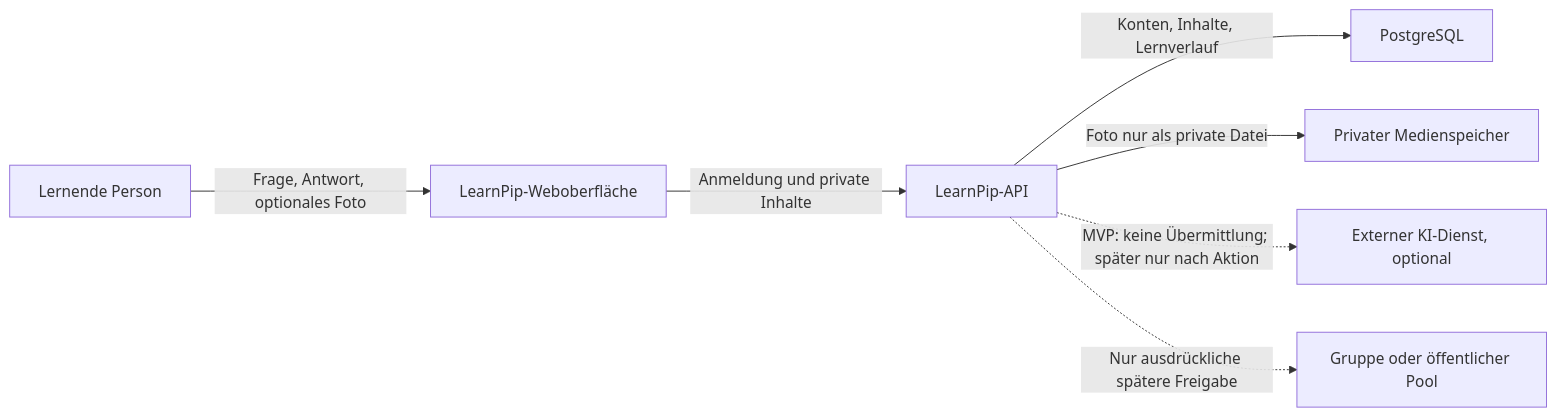
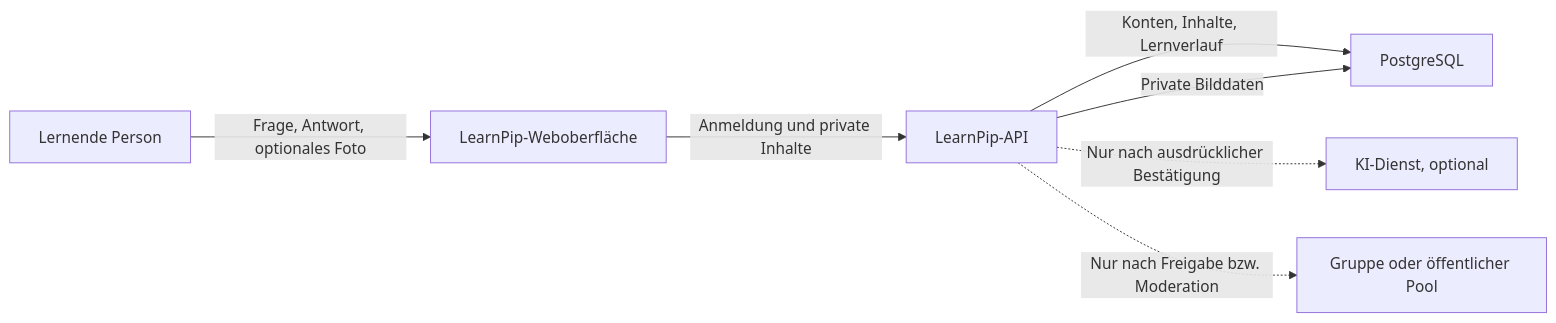
Before and after one commit to kennfarbe/LearnPip: the diagram in docs/privacy/README.md, drawn with Mermaid. The commit also changed other lines of this file, not shown here.

````diff
--- a/docs/privacy/README.md
+++ b/docs/privacy/README.md
@@ -42,9 +42,9 @@
 ```mermaid
 flowchart LR
   learner["Lernende Person"] -->|"Frage, Antwort, optionales Foto"| web["LearnPip-Weboberfläche"]
   web -->|"Anmeldung und private Inhalte"| api["LearnPip-API"]
   api -->|"Konten, Inhalte, Lernverlauf"| db["PostgreSQL"]
-  api -->|"Foto nur als private Datei"| media["Privater Medienspeicher"]
-  api -.->|"MVP: keine Übermittlung; später nur nach Aktion"| ai["Externer KI-Dienst, optional"]
-  api -.->|"Nur ausdrückliche spätere Freigabe"| group["Gruppe oder öffentlicher Pool"]
+  api -->|"Private Bilddaten"| db
+  api -.->|"Nur nach ausdrücklicher Bestätigung"| ai["KI-Dienst, optional"]
+  api -.->|"Nur nach Freigabe bzw. Moderation"| group["Gruppe oder öffentlicher Pool"]
 ```
````
